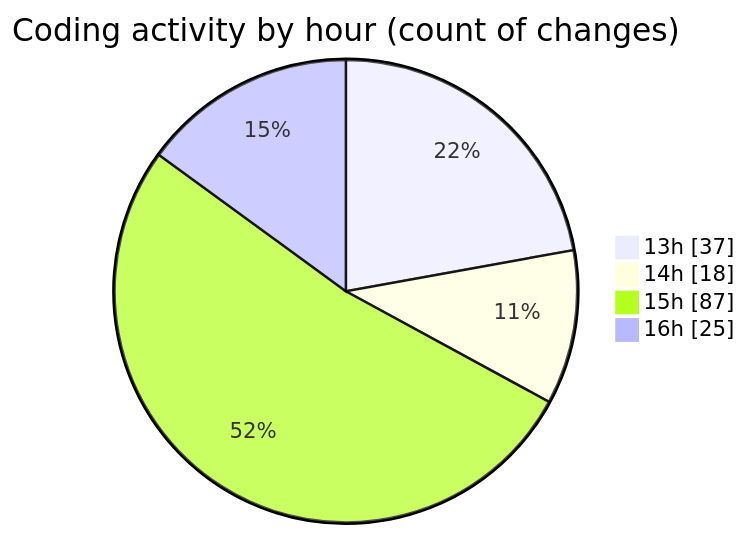
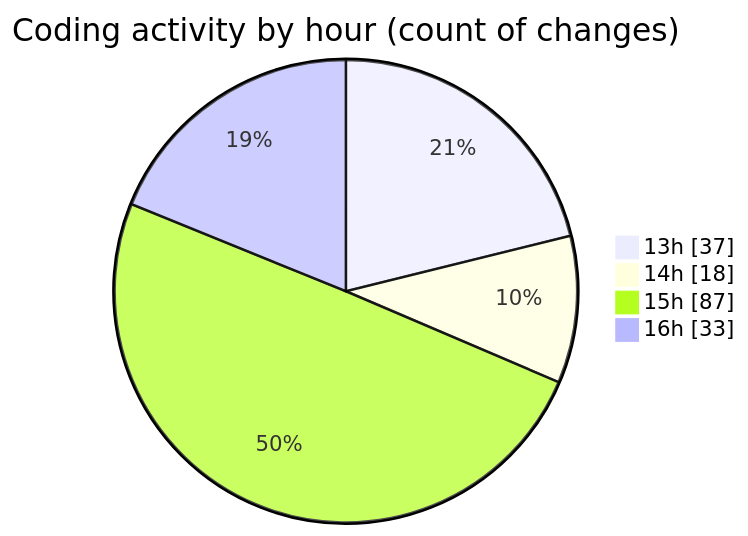
One commit to Unknowalive/code-tracking changed the second of 2 diagrams in 2026-04-11/scripting_workshop/README.md. Above: the diagram before and after it, drawn with Mermaid. The commit also changed other lines of this file and 1 other file, not shown here.

````diff
--- a/2026-04-11/scripting_workshop/README.md
+++ b/2026-04-11/scripting_workshop/README.md
@@ -65,8 +65,8 @@
 ```mermaid
 pie showData
 title Coding activity by hour (count of changes)
 "13h" : 37
 "14h" : 18
 "15h" : 87
-"16h" : 25
+"16h" : 33
 ```
````
